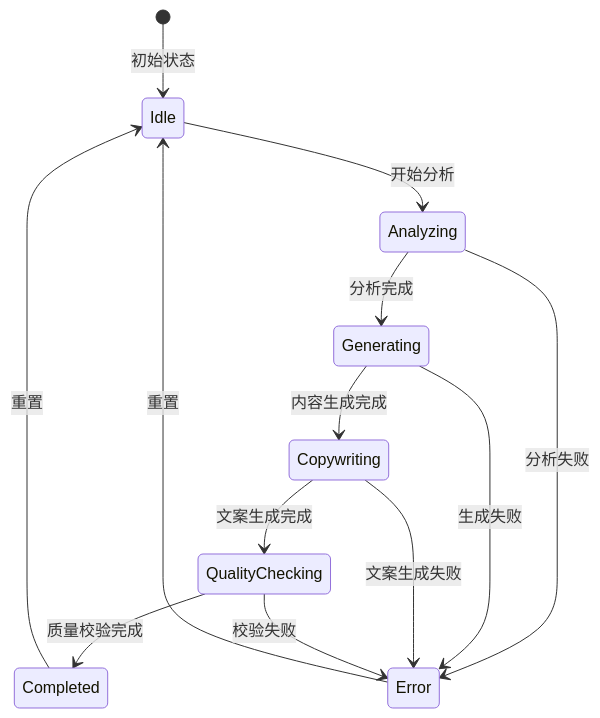
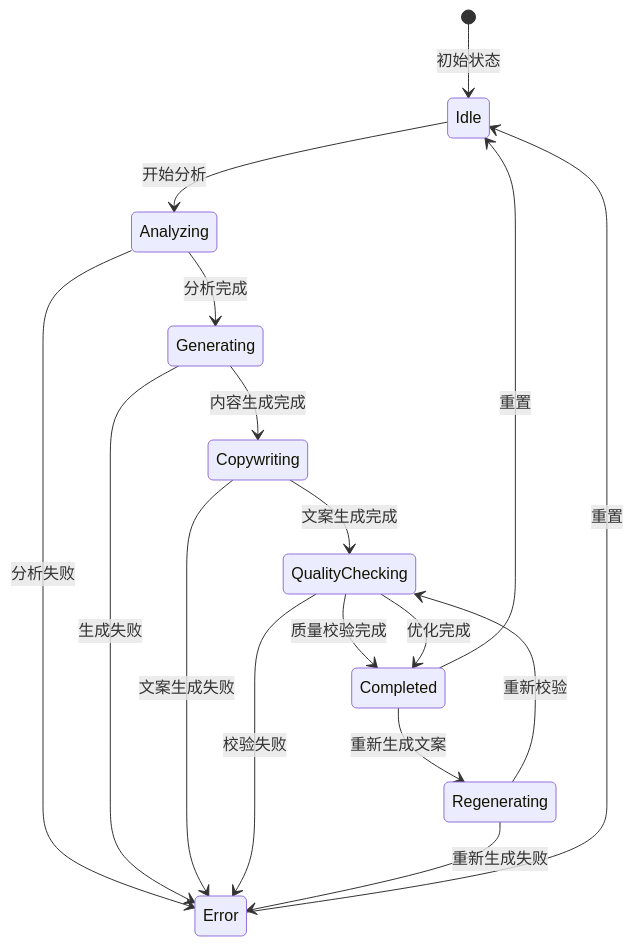
The tenth of 18 diagrams in .qoder/repowiki/zh/content/核心模块详解/Web界面系统/AI创作页面.md (songdiyang/clawOperations), drawn with Mermaid before and after one commit. The commit also changed other lines of this file and 8 other files, not shown here.

````diff
--- a/.qoder/repowiki/zh/content/核心模块详解/Web界面系统/AI创作页面.md
+++ b/.qoder/repowiki/zh/content/核心模块详解/Web界面系统/AI创作页面.md
@@ -500,15 +561,19 @@
 ```mermaid
 stateDiagram-v2
 [*] --> Idle : 初始状态
 Idle --> Analyzing : 开始分析
 Analyzing --> Generating : 分析完成
 Generating --> Copywriting : 内容生成完成
 Copywriting --> QualityChecking : 文案生成完成
 QualityChecking --> Completed : 质量校验完成
+Completed --> Regenerating : 重新生成文案
+Regenerating --> QualityChecking : 重新校验
+QualityChecking --> Completed : 优化完成
 Completed --> Idle : 重置
 Analyzing --> Error : 分析失败
 Generating --> Error : 生成失败
 Copywriting --> Error : 文案生成失败
 QualityChecking --> Error : 校验失败
+Regenerating --> Error : 重新生成失败
 Error --> Idle : 重置
 ```
````
